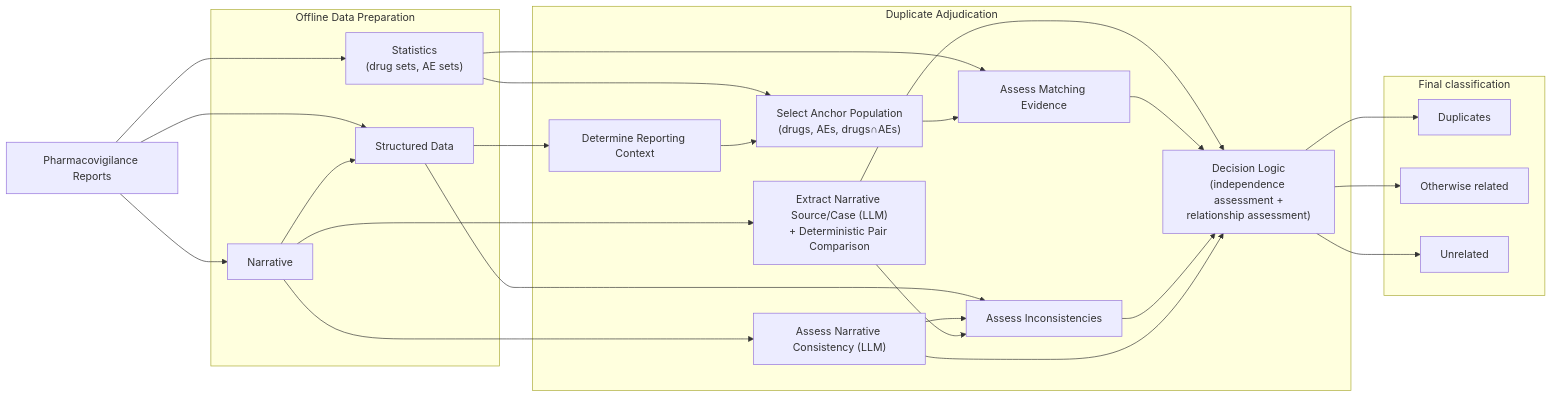
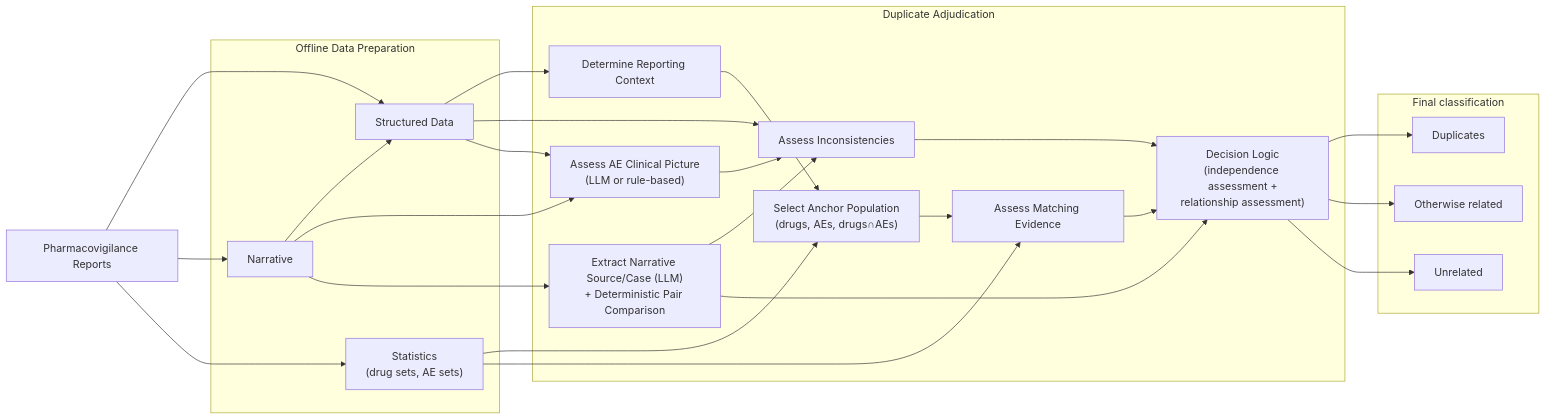
One commit to Uppsala-Monitoring-Centre/vigiTwin changed the diagram in docs/pipeline_overview.md. Above: the diagram before and after it, drawn with Mermaid. The commit also changed other lines of this file and 32 other files, not shown here.

````diff
--- a/docs/pipeline_overview.md
+++ b/docs/pipeline_overview.md
@@ -38,55 +38,55 @@
 ```mermaid
 flowchart LR
 
 A["Pharmacovigilance Reports"]
 
 subgraph Data_Preparation["Offline Data Preparation"]
 B["Structured Data"]
 C["Narrative"]
 D["Statistics<br>(drug sets, AE sets)"]
 end
 
 subgraph Adjudication["Duplicate Adjudication"]
 E["Determine Reporting Context"]
 F["Select Anchor Population<br>(drugs, AEs, drugs∩AEs)"]
 H["Assess Matching Evidence"]
 I["Assess Inconsistencies"]
-J["Assess Narrative Consistency (LLM)"]
+J["Assess AE Clinical Picture<br>(LLM or rule-based)"]
 S["Extract Narrative Source/Case (LLM)<br>+ Deterministic Pair Comparison"]
 K["Decision Logic<br>(independence assessment +<br>relationship assessment)"]
 end
 
 subgraph Output["Final classification"]
 M["Duplicates"]
 N["Otherwise related"]
 O["Unrelated"]
 end
 
 
 A --> B
 A --> C
 A --> D
 
 B --> E
 B --> I
 C --> B
+B --> J
 C --> J
 C --> S
 D --> F
 D --> H
 
 E --> F
 F --> H
 J --> I
 S --> I
 S --> K
 
 
 H --> K
 I --> K
-J --> K
 
 K --> M
 K --> N
 K --> O
 ```
````
